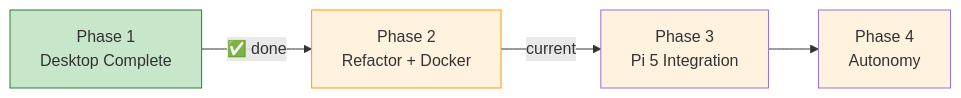
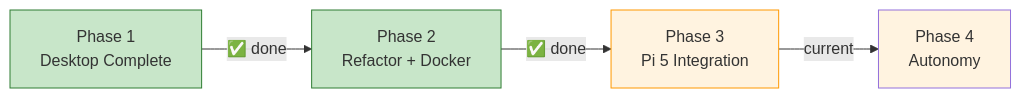
One commit to nerdpudding/nerdcarx changed the sixth of 6 diagrams in ARCHITECTURE.md. Above: the diagram before and after it, drawn with Mermaid. The commit also changed other lines of this file and 7 other files, not shown here.

````diff
--- a/ARCHITECTURE.md
+++ b/ARCHITECTURE.md
@@ -570,16 +571,16 @@
 ```mermaid
 flowchart LR
     p1[Phase 1<br/>Desktop Complete]
     p2[Phase 2<br/>Refactor + Docker]
     p3[Phase 3<br/>Pi 5 Integration]
     p4[Phase 4<br/>Autonomy]
 
     p1 -->|"✅ done"| p2
-    p2 -->|"current"| p3
-    p3 --> p4
+    p2 -->|"✅ done"| p3
+    p3 -->|"current"| p4
 
     style p1 fill:#c8e6c9,stroke:#2e7d32
-    style p2 fill:#fff3e0,stroke:#ff9800
-    style p3 fill:#fff3e0
+    style p2 fill:#c8e6c9,stroke:#2e7d32
+    style p3 fill:#fff3e0,stroke:#ff9800
     style p4 fill:#fff3e0
 ```
````
